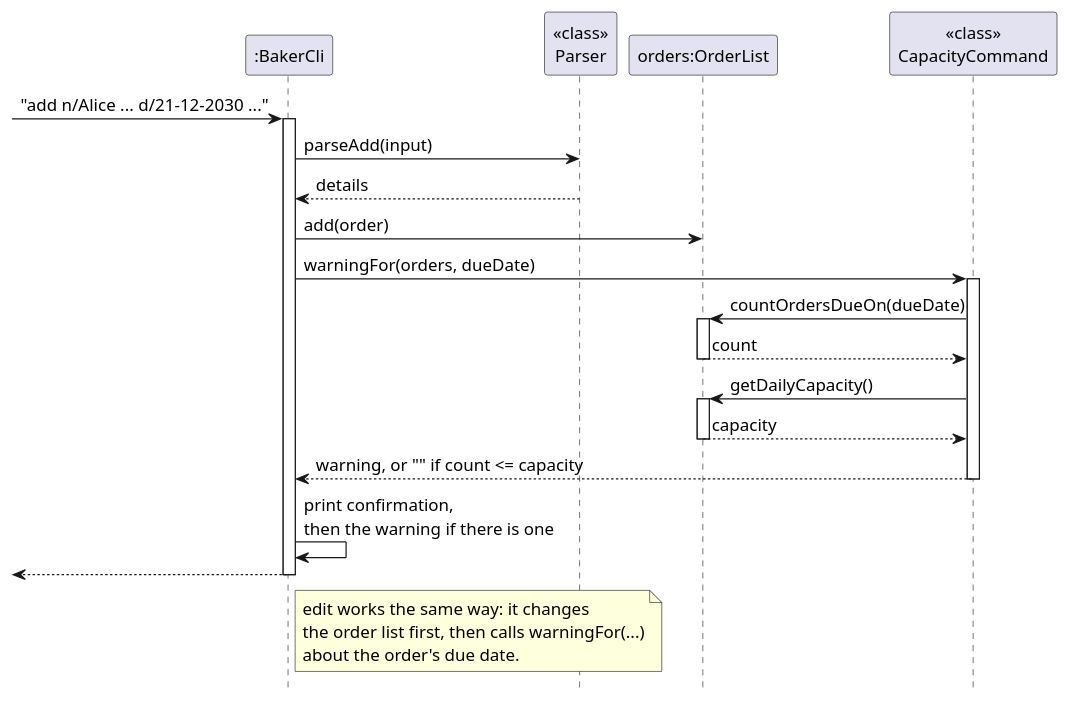
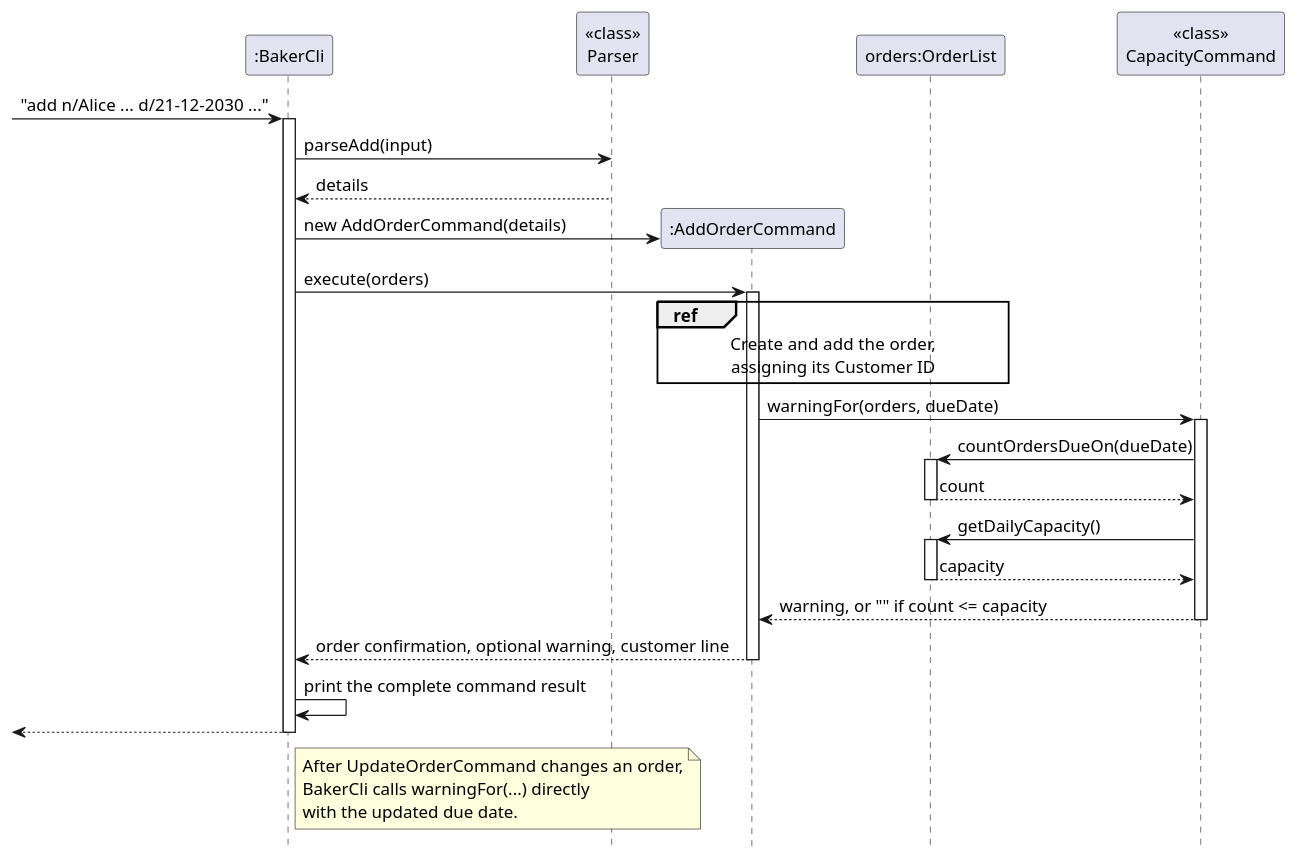
Before and after one commit to AY2627S1-CS2113-W12-1/tp: the diagram in docs/diagrams/CapacitySequence.puml, drawn with PlantUML. The commit also changed 11 other files, not shown here.

First line of the commit message:
Extract AddOrderCommand

```diff
--- a/docs/diagrams/CapacitySequence.puml
+++ b/docs/diagrams/CapacitySequence.puml
@@ -1,38 +1,45 @@
 @startuml
 skinparam shadowing false
 skinparam defaultFontSize 14
 hide footbox
 
 participant ":BakerCli" as Cli
 participant "<<class>>\nParser" as Parser
+participant ":AddOrderCommand" as Add
 participant "orders:OrderList" as Orders
 participant "<<class>>\nCapacityCommand" as Cap
 
 [-> Cli : "add n/Alice ... d/21-12-2030 ..."
 activate Cli
 Cli -> Parser : parseAdd(input)
 Parser --> Cli : details
-Cli -> Orders : add(order)
-Cli -> Cap : warningFor(orders, dueDate)
+create Add
+Cli -> Add : new AddOrderCommand(details)
+Cli -> Add : execute(orders)
+activate Add
+ref over Add, Orders : Create and add the order,\nassigning its Customer ID
+Add -> Cap : warningFor(orders, dueDate)
 activate Cap
 Cap -> Orders : countOrdersDueOn(dueDate)
 activate Orders
 Orders --> Cap : count
 deactivate Orders
 Cap -> Orders : getDailyCapacity()
 activate Orders
 Orders --> Cap : capacity
 deactivate Orders
-Cap --> Cli : warning, or "" if count <= capacity
+Cap --> Add : warning, or "" if count <= capacity
 deactivate Cap
+Add --> Cli : order confirmation, optional warning, customer line
+deactivate Add
 
-Cli -> Cli : print confirmation,\nthen the warning if there is one
+Cli -> Cli : print the complete command result
 [<-- Cli
 deactivate Cli
 
 note right of Cli
-  edit works the same way: it changes
-  the order list first, then calls warningFor(...)
-  about the order's due date.
+  After UpdateOrderCommand changes an order,
+  BakerCli calls warningFor(...) directly
+  with the updated due date.
 end note
 @enduml
```
